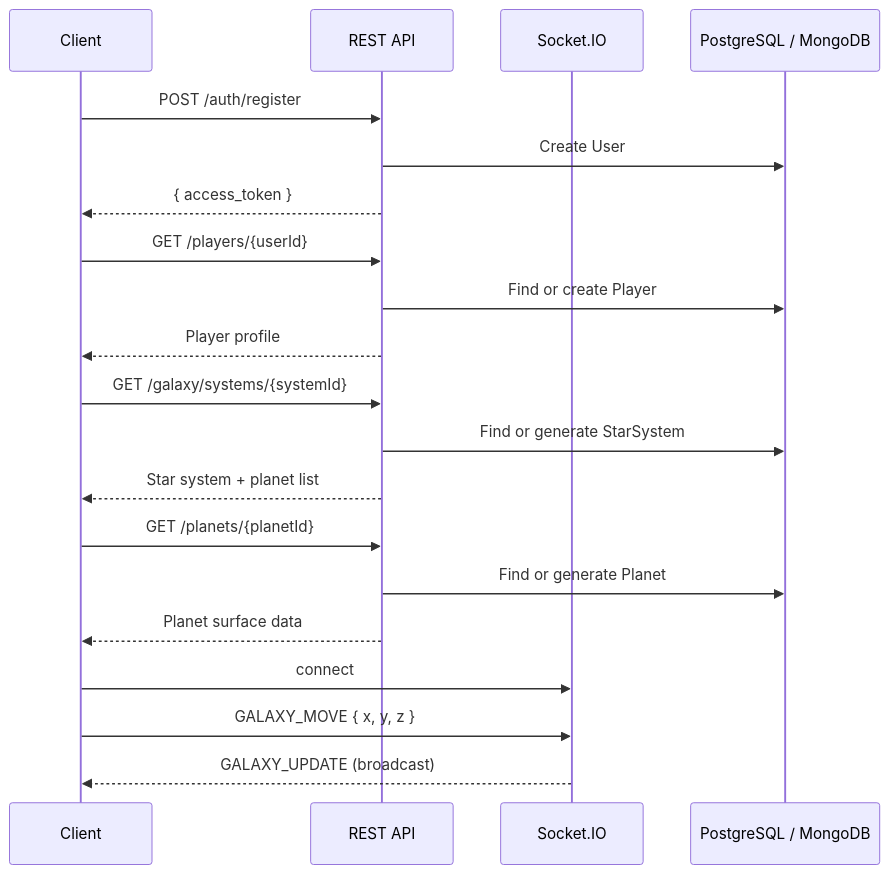
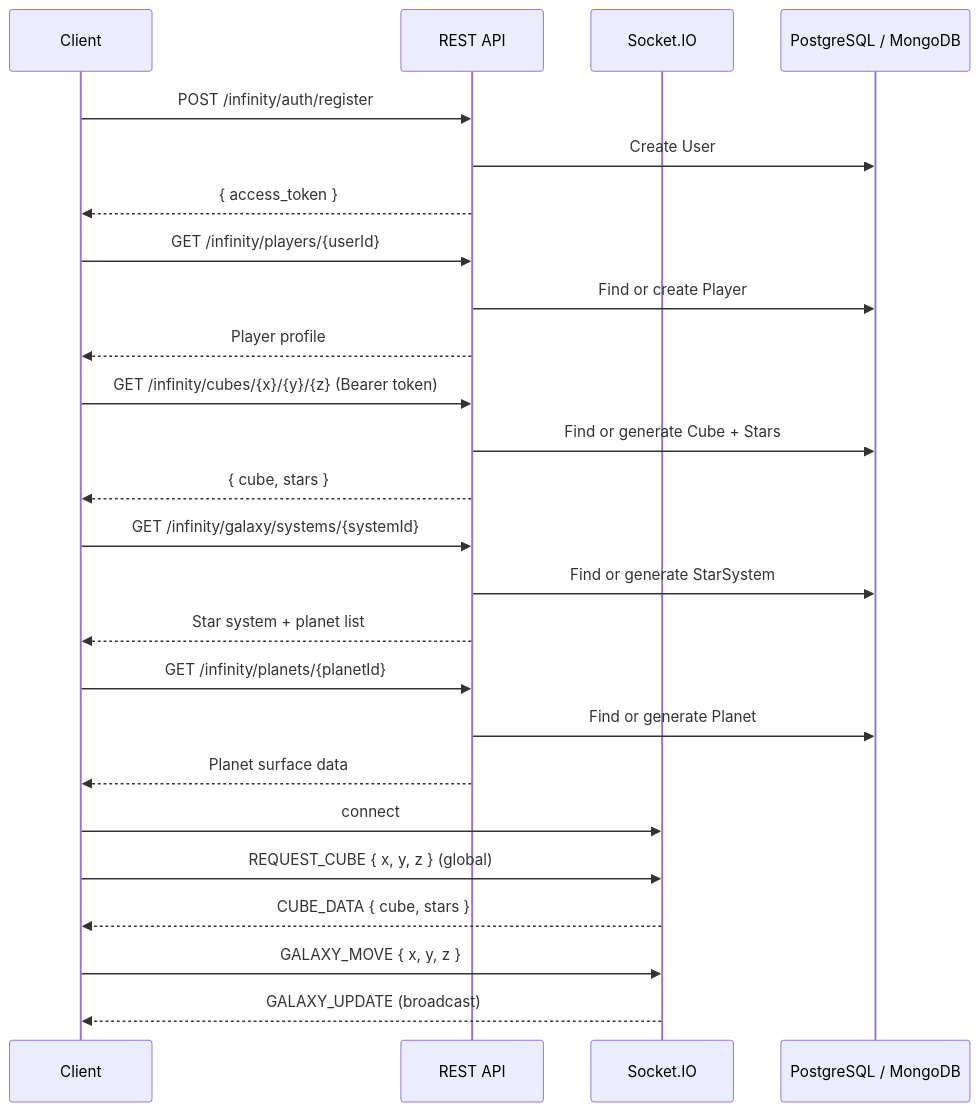
Before and after one commit to v-rossignol/infinity: the diagram in documentation/api.md, drawn with Mermaid. The commit also changed other lines of this file and 61 other files, not shown here.

Commit message:
implemented cube and star systems

````diff
--- a/documentation/api.md
+++ b/documentation/api.md
@@ -575,27 +869,34 @@
 ```mermaid
 sequenceDiagram
   participant Client
   participant REST as REST API
   participant WS as Socket.IO
   participant DB as PostgreSQL / MongoDB
 
-  Client->>REST: POST /auth/register
+  Client->>REST: POST /infinity/auth/register
   REST->>DB: Create User
   REST-->>Client: { access_token }
 
-  Client->>REST: GET /players/{userId}
+  Client->>REST: GET /infinity/players/{userId}
   REST->>DB: Find or create Player
   REST-->>Client: Player profile
 
-  Client->>REST: GET /galaxy/systems/{systemId}
+  Client->>REST: GET /infinity/cubes/{x}/{y}/{z} (Bearer token)
+  REST->>DB: Find or generate Cube + Stars
+  REST-->>Client: { cube, stars }
+
+  Client->>REST: GET /infinity/galaxy/systems/{systemId}
   REST->>DB: Find or generate StarSystem
   REST-->>Client: Star system + planet list
 
-  Client->>REST: GET /planets/{planetId}
+  Client->>REST: GET /infinity/planets/{planetId}
   REST->>DB: Find or generate Planet
   REST-->>Client: Planet surface data
 
   Client->>WS: connect
+  Client->>WS: REQUEST_CUBE { x, y, z } (global)
+  WS-->>Client: CUBE_DATA { cube, stars }
+
   Client->>WS: GALAXY_MOVE { x, y, z }
   WS-->>Client: GALAXY_UPDATE (broadcast)
 ```
````
